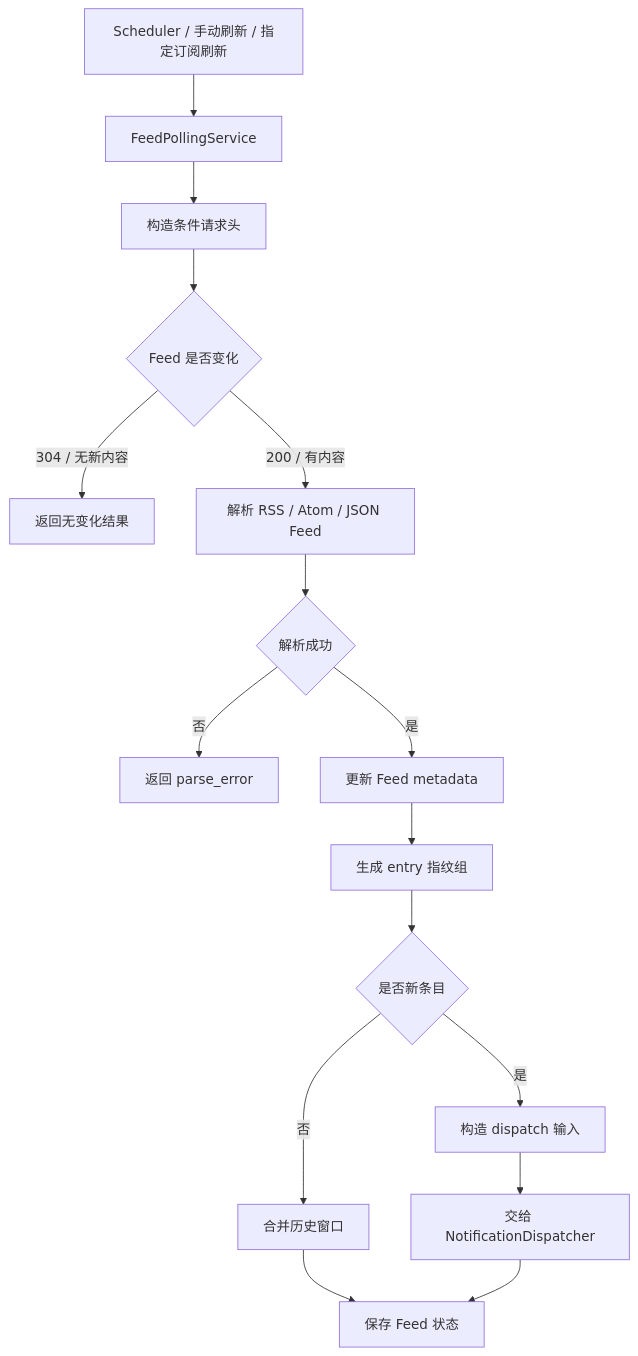
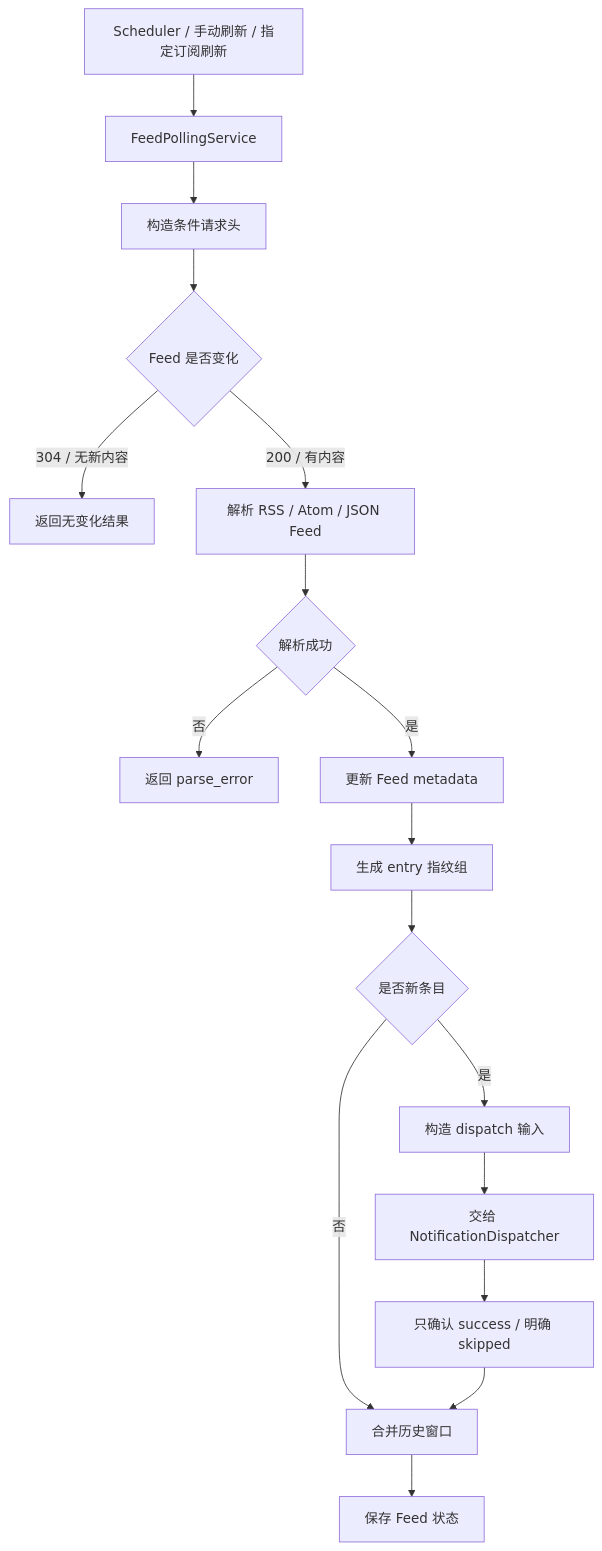
The diagram in docs/project/polling.md (FlanChanXwO/astrbot_plugin_rsshub), drawn with Mermaid before and after one commit. The commit also changed other lines of this file and 2 other files, not shown here.

````diff
--- a/docs/project/polling.md
+++ b/docs/project/polling.md
@@ -21,18 +21,19 @@
 ```mermaid
 flowchart TD
   A["Scheduler / 手动刷新 / 指定订阅刷新"] --> B["FeedPollingService"]
   B --> C["构造条件请求头"]
   C --> D{"Feed 是否变化"}
   D -->|"304 / 无新内容"| E["返回无变化结果"]
   D -->|"200 / 有内容"| F["解析 RSS / Atom / JSON Feed"]
   F --> G{"解析成功"}
   G -->|"否"| H["返回 parse_error"]
   G -->|"是"| I["更新 Feed metadata"]
   I --> J["生成 entry 指纹组"]
   J --> K{"是否新条目"}
   K -->|"否"| L["合并历史窗口"]
   K -->|"是"| M["构造 dispatch 输入"]
   M --> N["交给 NotificationDispatcher"]
+  N --> P["只确认 success / 明确 skipped"]
+  P --> L
   L --> O["保存 Feed 状态"]
-  N --> O
 ```
````
